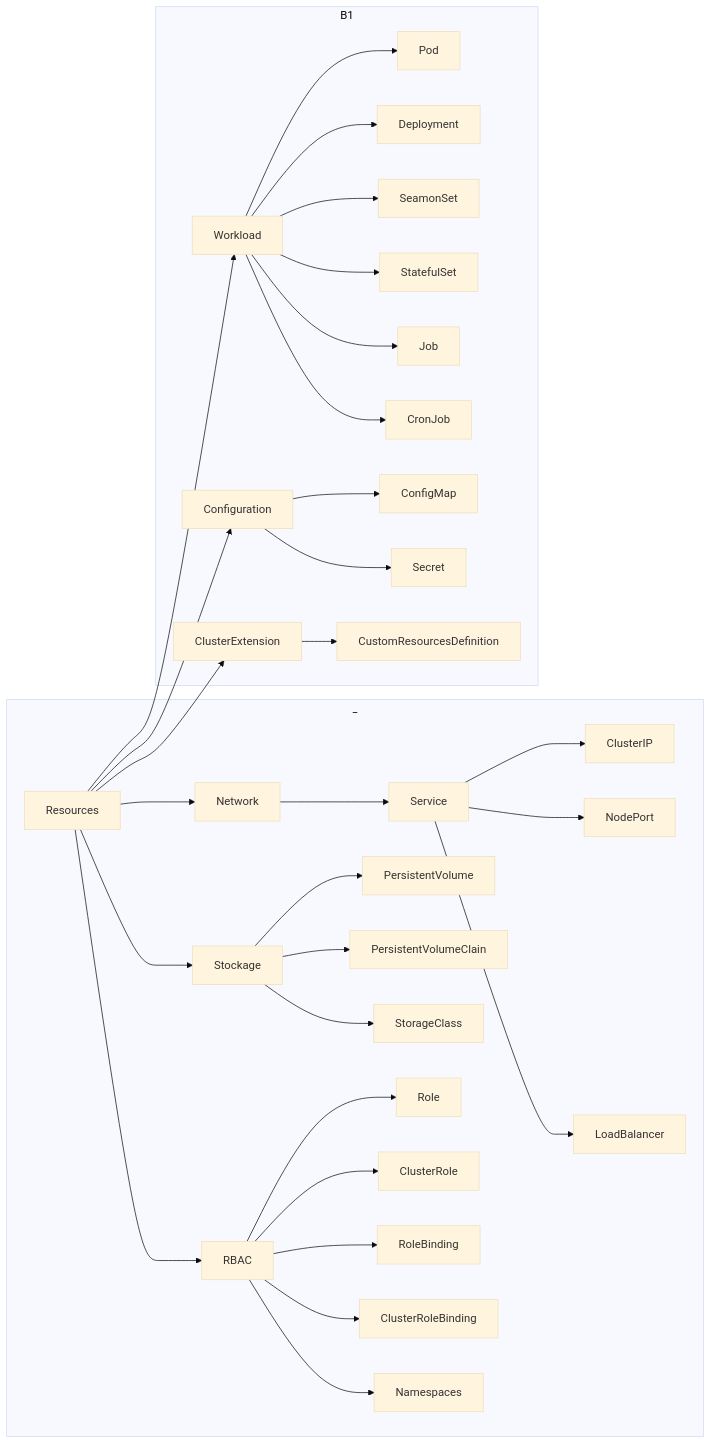
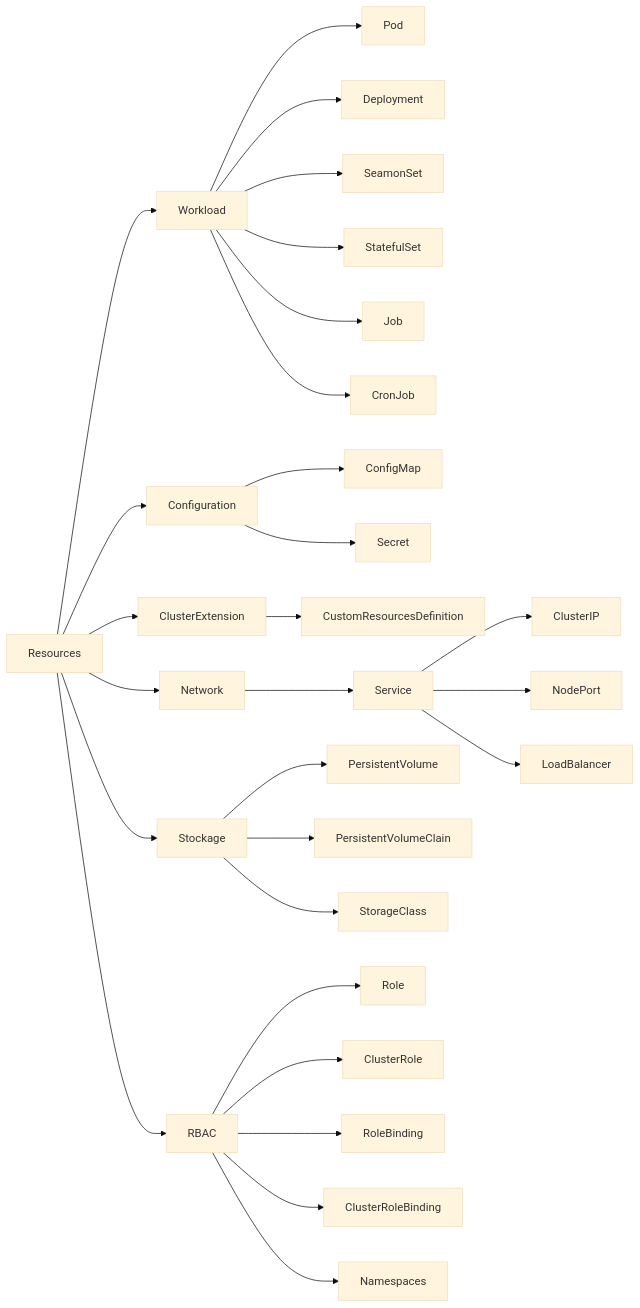
Before and after one commit to babelcodes/containerization: the diagram in kubernetes/README.md, drawn with Mermaid (base theme). The commit also changed other lines of this file and 5 other files, not shown here.

````diff
--- a/kubernetes/README.md
+++ b/kubernetes/README.md
@@ -85,40 +109,35 @@
 ```mermaid
 flowchart LR
-    subgraph _
-      Resources --> Network
-      Network --> Service
-      Service --> ClusterIP
-      Service --> NodePort
-      Service --> LoadBalancer
-      
-      Resources --> Stockage
-      Stockage --> PersistentVolume
-      Stockage --> PersistentVolumeClain
-      Stockage --> StorageClass
-      
-      Resources --> RBAC
-      RBAC --> Role
-      RBAC --> ClusterRole
-      RBAC --> RoleBinding
-      RBAC --> ClusterRoleBinding
-      RBAC --> Namespaces
-    end
+    Resources --> Workload
+    Workload --> Pod
+    Workload --> Deployment
+    Workload --> SeamonSet
+    Workload --> StatefulSet
+    Workload --> Job
+    Workload --> CronJob
+
+    Resources --> Configuration
+    Configuration --> ConfigMap
+    Configuration --> Secret
+
+    Resources --> ClusterExtension
+    ClusterExtension --> CustomResourcesDefinition
+
+    Resources --> Network
+    Network --> Service
+    Service --> ClusterIP
+    Service --> NodePort
+    Service --> LoadBalancer
     
-    direction RL
-    subgraph B1
-      Resources --> Workload
-      Workload --> Pod
-      Workload --> Deployment
-      Workload --> SeamonSet
-      Workload --> StatefulSet
-      Workload --> Job
-      Workload --> CronJob
-  
-      Resources --> Configuration
-      Configuration --> ConfigMap
-      Configuration --> Secret
-  
-      Resources --> ClusterExtension
-      ClusterExtension --> CustomResourcesDefinition
-    end
+    Resources --> Stockage
+    Stockage --> PersistentVolume
+    Stockage --> PersistentVolumeClain
+    Stockage --> StorageClass
+    
+    Resources --> RBAC
+    RBAC --> Role
+    RBAC --> ClusterRole
+    RBAC --> RoleBinding
+    RBAC --> ClusterRoleBinding
+    RBAC --> Namespaces
 ```
````
